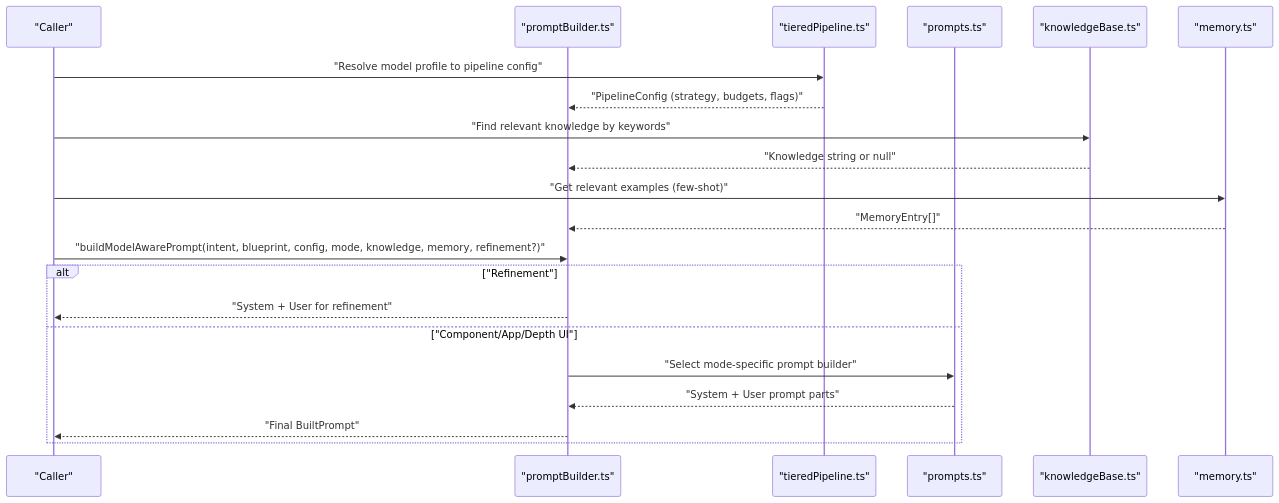
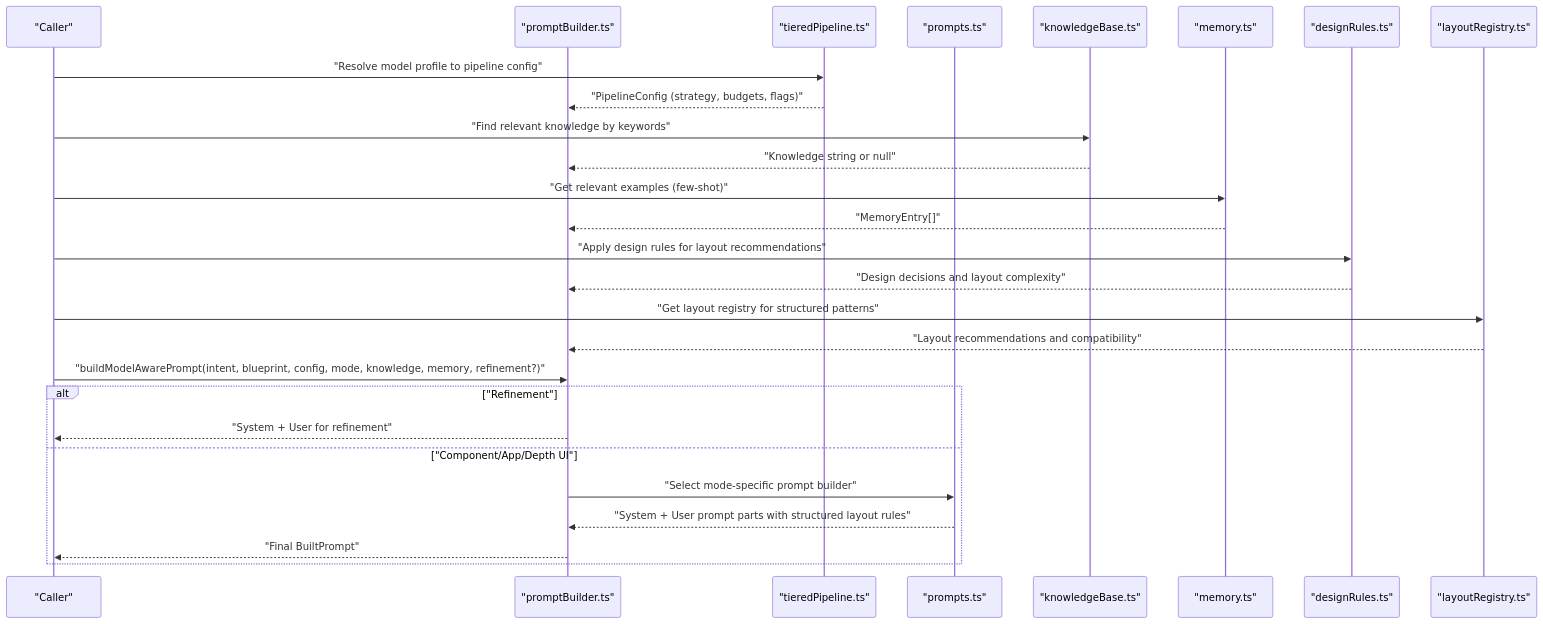
Before and after one commit to shekhargiri005-dotcom/AI-powered-accessibility-first-UI-engine: the second of 9 diagrams in .qoder/repowiki/en/content/AI Generation Engine/Core Generation Pipeline/Prompt Engineering & Context Injection.md, drawn with Mermaid. The commit also changed other lines of this file and 71 other files, not shown here.

````diff
--- a/.qoder/repowiki/en/content/AI Generation Engine/Core Generation Pipeline/Prompt Engineering & Context Injection.md
+++ b/.qoder/repowiki/en/content/AI Generation Engine/Core Generation Pipeline/Prompt Engineering & Context Injection.md
@@ -111,23 +139,29 @@
 ```mermaid
 sequenceDiagram
 participant Client as "Caller"
 participant PB as "promptBuilder.ts"
 participant TP as "tieredPipeline.ts"
 participant PT as "prompts.ts"
 participant KB as "knowledgeBase.ts"
 participant MEM as "memory.ts"
+participant DR as "designRules.ts"
+participant LR as "layoutRegistry.ts"
 Client->>TP : "Resolve model profile to pipeline config"
 TP-->>PB : "PipelineConfig (strategy, budgets, flags)"
 Client->>KB : "Find relevant knowledge by keywords"
 KB-->>PB : "Knowledge string or null"
 Client->>MEM : "Get relevant examples (few-shot)"
 MEM-->>PB : "MemoryEntry[]"
+Client->>DR : "Apply design rules for layout recommendations"
+DR-->>PB : "Design decisions and layout complexity"
+Client->>LR : "Get layout registry for structured patterns"
+LR-->>PB : "Layout recommendations and compatibility"
 Client->>PB : "buildModelAwarePrompt(intent, blueprint, config, mode, knowledge, memory, refinement?)"
 alt "Refinement"
 PB-->>Client : "System + User for refinement"
 else "Component/App/Depth UI"
 PB->>PT : "Select mode-specific prompt builder"
-PT-->>PB : "System + User prompt parts"
+PT-->>PB : "System + User prompt parts with structured layout rules"
 PB-->>Client : "Final BuiltPrompt"
 end
 ```
````
